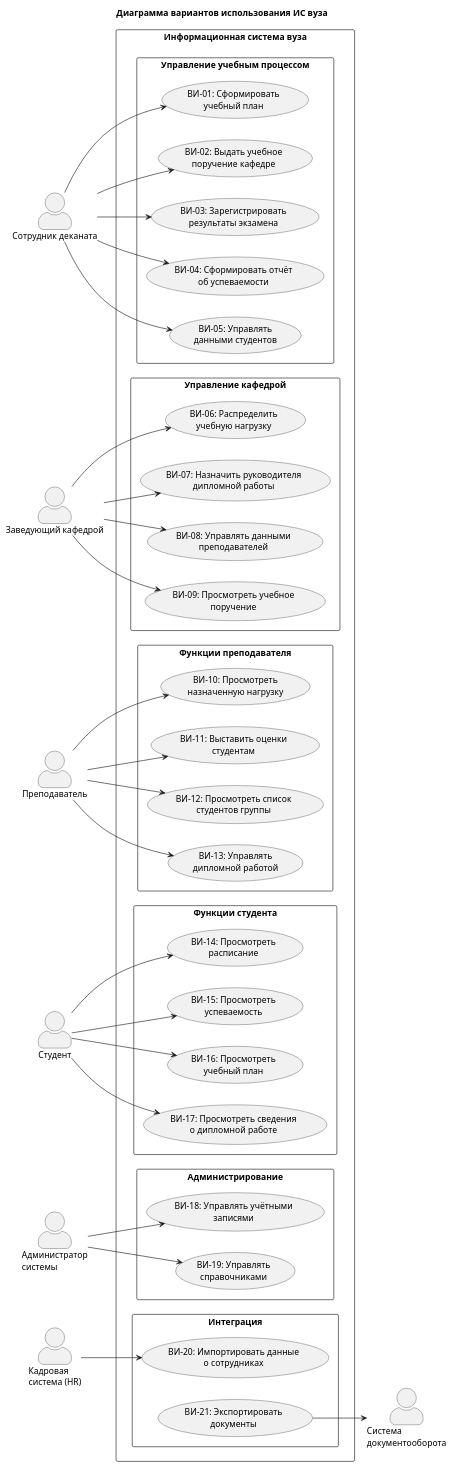
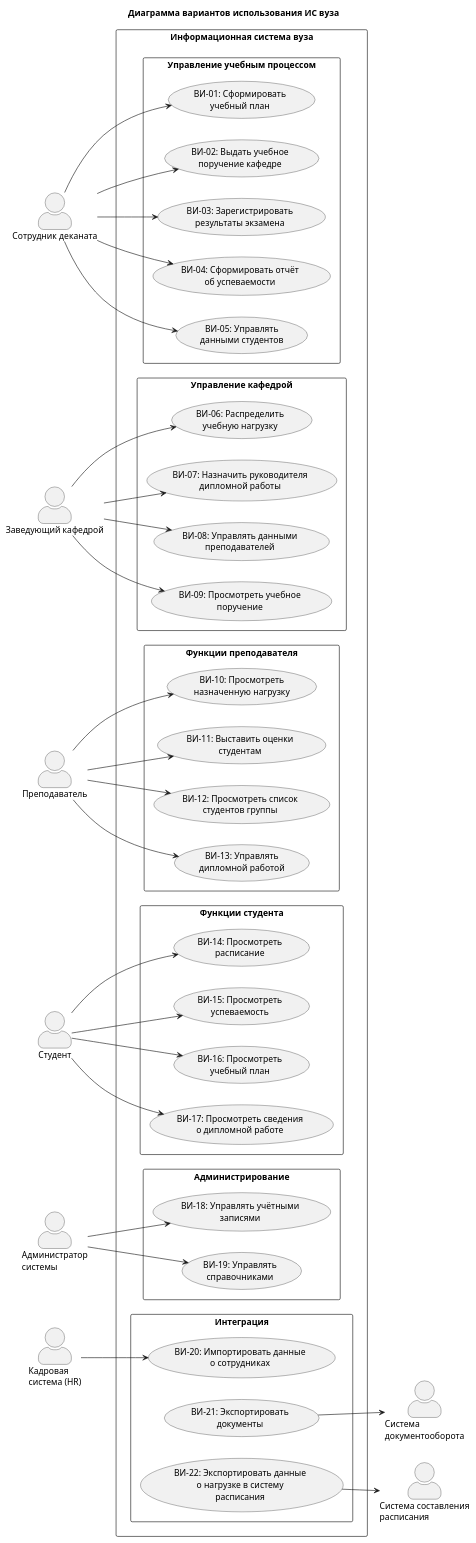
One commit to DmitryAbabkov/Project_Ababkov-Dmitry-Alekseevich changed the diagram in docs/usecase.puml. Above: the diagram before and after it, drawn with PlantUML. The commit also changed 2 other files, not shown here.

Commit message:
Добавлен ВИ-22: интеграция с системой составления расписания (разделы 2.2, 2.3, 2.4, usecase.puml)

```diff
--- a/docs/usecase.puml
+++ b/docs/usecase.puml
@@ -1,92 +1,95 @@
 @startuml usecase
 
 title Диаграмма вариантов использования ИС вуза
 
 left to right direction
 skinparam actorStyle awesome
 skinparam packageStyle rectangle
 
 actor "Сотрудник деканата" as Dekanat
 actor "Заведующий кафедрой" as ZavKaf
 actor "Преподаватель" as Teacher
 actor "Студент" as Student
 actor "Администратор\nсистемы" as Admin
 actor "Кадровая\nсистема (HR)" as HR
 actor "Система\nдокументооборота" as DocSystem
+actor "Система составления\nрасписания" as Schedule
 
 rectangle "Информационная система вуза" {
 
     package "Управление учебным процессом" {
         usecase "ВИ-01: Сформировать\nучебный план" as UC01
         usecase "ВИ-02: Выдать учебное\nпоручение кафедре" as UC02
         usecase "ВИ-03: Зарегистрировать\nрезультаты экзамена" as UC03
         usecase "ВИ-04: Сформировать отчёт\nоб успеваемости" as UC04
         usecase "ВИ-05: Управлять\nданными студентов" as UC05
     }
 
     package "Управление кафедрой" {
         usecase "ВИ-06: Распределить\nучебную нагрузку" as UC06
         usecase "ВИ-07: Назначить руководителя\nдипломной работы" as UC07
         usecase "ВИ-08: Управлять данными\nпреподавателей" as UC08
         usecase "ВИ-09: Просмотреть учебное\nпоручение" as UC09
     }
 
     package "Функции преподавателя" {
         usecase "ВИ-10: Просмотреть\nназначенную нагрузку" as UC10
         usecase "ВИ-11: Выставить оценки\nстудентам" as UC11
         usecase "ВИ-12: Просмотреть список\nстудентов группы" as UC12
         usecase "ВИ-13: Управлять\nдипломной работой" as UC13
     }
 
     package "Функции студента" {
         usecase "ВИ-14: Просмотреть\nрасписание" as UC14
         usecase "ВИ-15: Просмотреть\nуспеваемость" as UC15
         usecase "ВИ-16: Просмотреть\nучебный план" as UC16
         usecase "ВИ-17: Просмотреть сведения\nо дипломной работе" as UC17
     }
 
     package "Администрирование" {
         usecase "ВИ-18: Управлять учётными\nзаписями" as UC18
         usecase "ВИ-19: Управлять\nсправочниками" as UC19
     }
 
     package "Интеграция" {
         usecase "ВИ-20: Импортировать данные\nо сотрудниках" as UC20
         usecase "ВИ-21: Экспортировать\nдокументы" as UC21
+        usecase "ВИ-22: Экспортировать данные\nо нагрузке в систему\nрасписания" as UC22
     }
 }
 
 ' Деканат
 Dekanat --> UC01
 Dekanat --> UC02
 Dekanat --> UC03
 Dekanat --> UC04
 Dekanat --> UC05
 
 ' Заведующий кафедрой
 ZavKaf --> UC06
 ZavKaf --> UC07
 ZavKaf --> UC08
 ZavKaf --> UC09
 
 ' Преподаватель
 Teacher --> UC10
 Teacher --> UC11
 Teacher --> UC12
 Teacher --> UC13
 
 ' Студент
 Student --> UC14
 Student --> UC15
 Student --> UC16
 Student --> UC17
 
 ' Администратор
 Admin --> UC18
 Admin --> UC19
 
 ' Внешние системы
 HR --> UC20
 UC21 --> DocSystem
+UC22 --> Schedule
 
 @enduml
```
